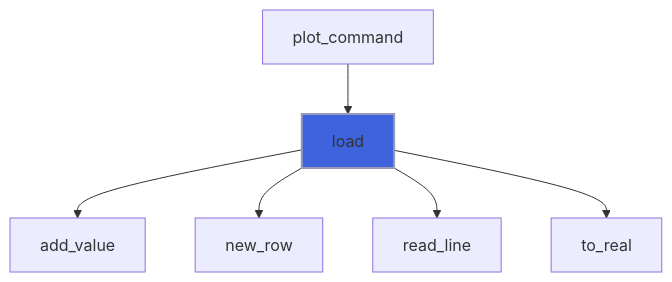
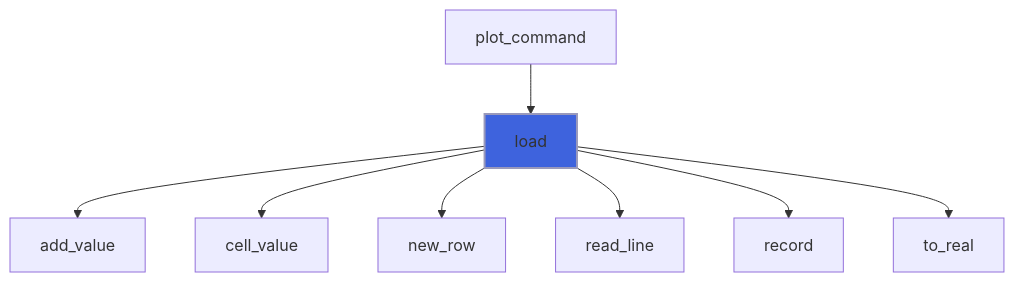
The second of 11 diagrams in docs/api/src/lib/foresight_datafile.md (szaghi/foresight), drawn with Mermaid before and after one commit. The commit also changed other lines of this file and 97 other files, not shown here.

````diff
--- a/docs/api/src/lib/foresight_datafile.md
+++ b/docs/api/src/lib/foresight_datafile.md
@@ -86,9 +138,11 @@
 ```mermaid
 flowchart TD
   plot_command["plot_command"] --> load["load"]
   load["load"] --> add_value["add_value"]
+  load["load"] --> cell_value["cell_value"]
   load["load"] --> new_row["new_row"]
   load["load"] --> read_line["read_line"]
+  load["load"] --> record["record"]
   load["load"] --> to_real["to_real"]
   style load fill:#3e63dd,stroke:#99b,stroke-width:2px
 ```
````
